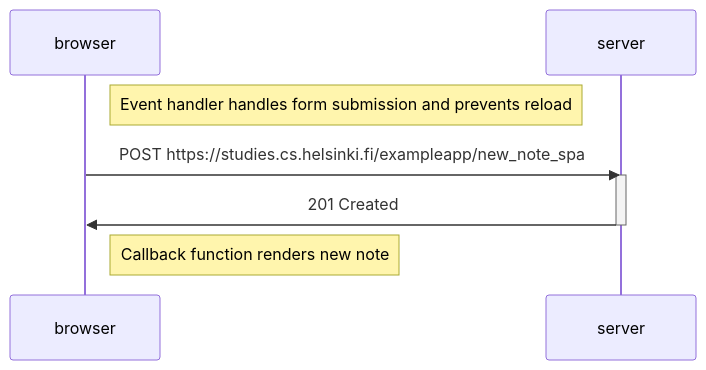
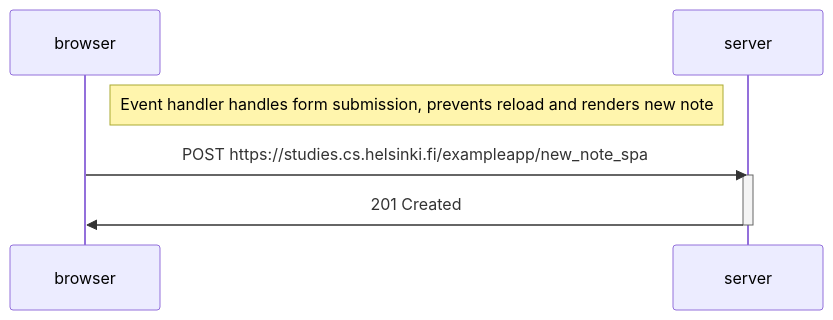
Before and after one commit to tumffa/FullStackOpen: the diagram in osa0/teht6.md, drawn with Mermaid.

````diff
--- a/osa0/teht6.md
+++ b/osa0/teht6.md
@@ -1,11 +1,10 @@
 ```mermaid
 sequenceDiagram
     participant browser
     participant server
-    Note right of browser: Event handler handles form submission and prevents reload
+    Note right of browser: Event handler handles form submission, prevents reload and renders new note
     browser->>server: POST https://studies.cs.helsinki.fi/exampleapp/new_note_spa
     activate server
     server->>browser: 201 Created
     deactivate server
-    Note right of browser: Callback function renders new note
 ```
````
